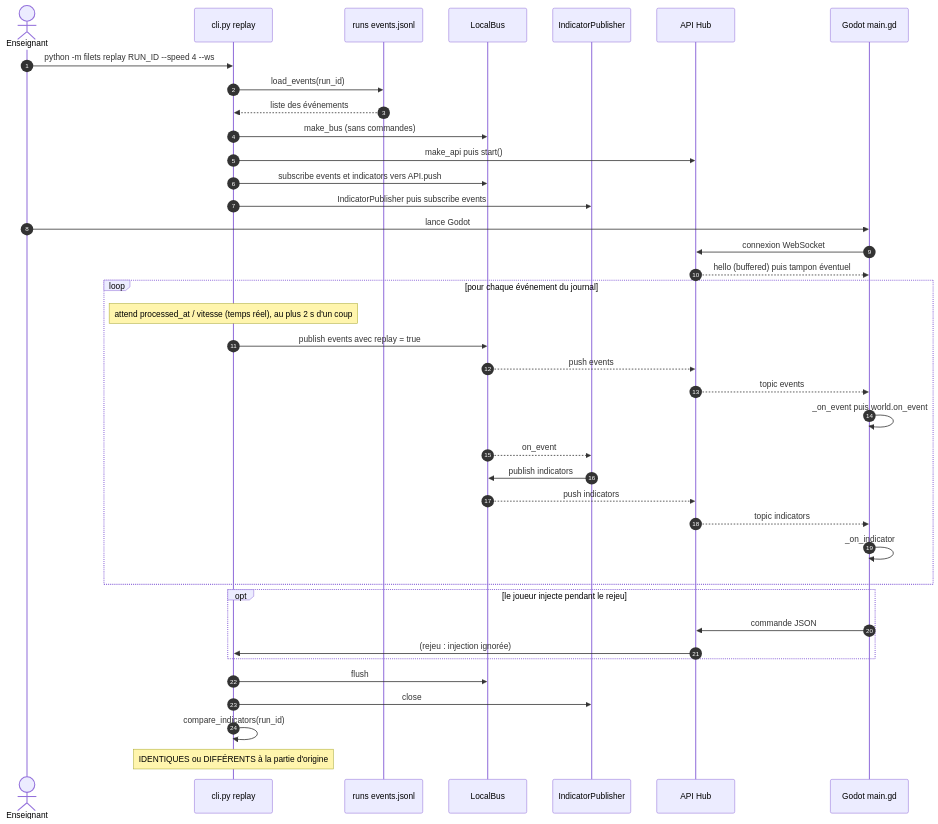
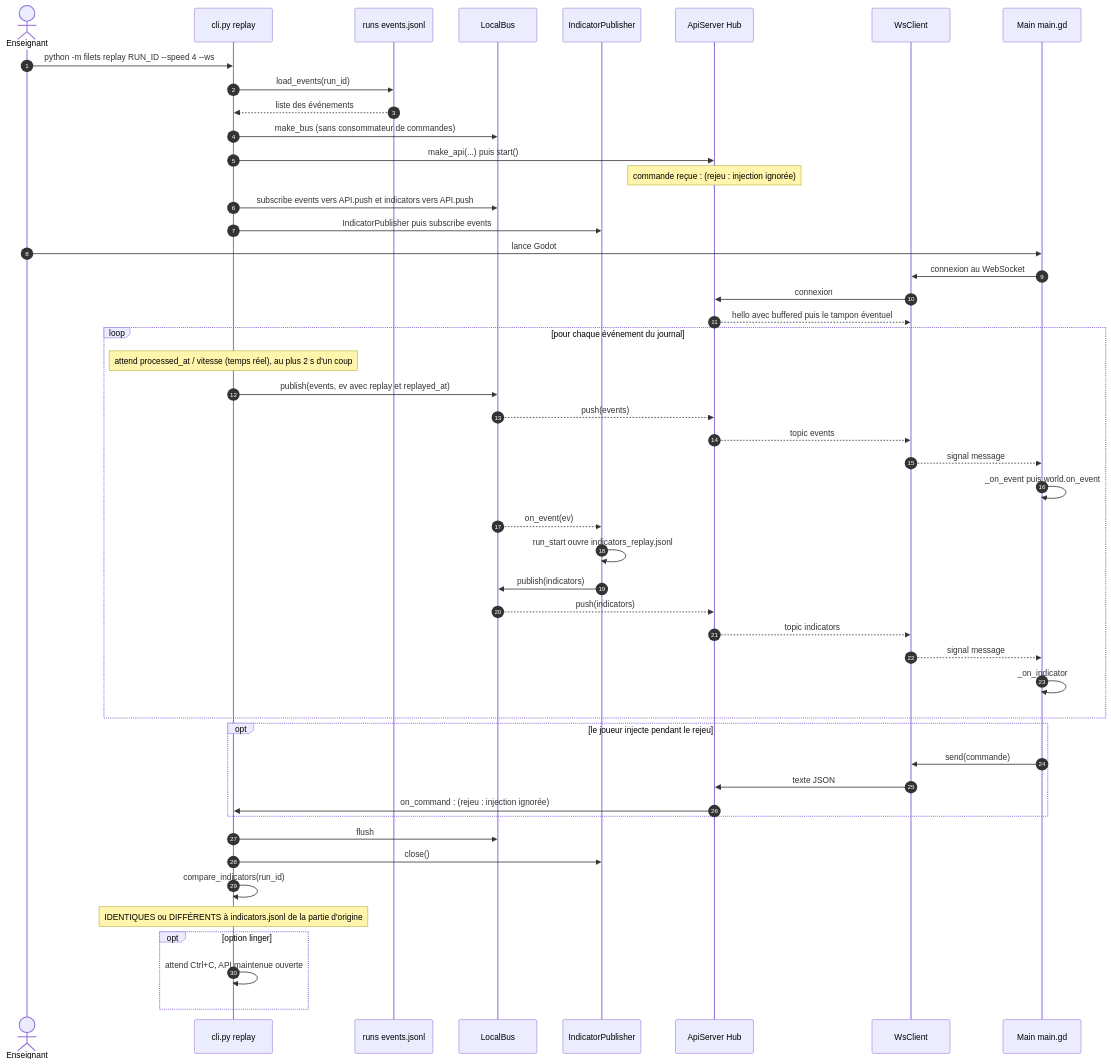
The tenth of 15 diagrams in docs/uml/sequences.md (Romain-LM-Dev/Projet-Parcours---Filets-de-Vellmor), drawn with Mermaid before and after one commit. The commit also changed other lines of this file and 11 other files, not shown here.

Commit message:
Docs : diagrammes UML complets (97 : chaque classe avec tous ses attributs et méthodes, World et WorldView en vues par domaine, 8 scénarios en séquence et en communication, ~95 cas d'utilisation) ; index dans le README ; PDF régénéré (125 pages) et son script docs/uml/build_pdf.py

````diff
--- a/docs/uml/sequences.md
+++ b/docs/uml/sequences.md
@@ -290,42 +575,52 @@
 ```mermaid
 sequenceDiagram
     autonumber
     actor J as Enseignant
     participant CLI as cli.py replay
     participant D as runs events.jsonl
     participant BUS as LocalBus
     participant IP as IndicatorPublisher
-    participant API as API Hub
-    participant M as Godot main.gd
+    participant API as ApiServer Hub
+    participant WS as WsClient
+    participant M as Main main.gd
 
     J->>CLI: python -m filets replay RUN_ID --speed 4 --ws
     CLI->>D: load_events(run_id)
     D-->>CLI: liste des événements
-    CLI->>BUS: make_bus (sans commandes)
-    CLI->>API: make_api puis start()
-    CLI->>BUS: subscribe events et indicators vers API.push
+    CLI->>BUS: make_bus (sans consommateur de commandes)
+    CLI->>API: make_api(...) puis start()
+    Note over API: commande reçue : (rejeu : injection ignorée)
+    CLI->>BUS: subscribe events vers API.push et indicators vers API.push
     CLI->>IP: IndicatorPublisher puis subscribe events
     J->>M: lance Godot
-    M->>API: connexion WebSocket
-    API-->>M: hello (buffered) puis tampon éventuel
+    M->>WS: connexion au WebSocket
+    WS->>API: connexion
+    API-->>WS: hello avec buffered puis le tampon éventuel
     loop pour chaque événement du journal
         Note over CLI: attend processed_at / vitesse (temps réel), au plus 2 s d'un coup
-        CLI->>BUS: publish events avec replay = true
-        BUS-->>API: push events
-        API-->>M: topic events
+        CLI->>BUS: publish(events, ev avec replay et replayed_at)
+        BUS-->>API: push(events)
+        API-->>WS: topic events
+        WS-->>M: signal message
         M->>M: _on_event puis world.on_event
-        BUS-->>IP: on_event
-        IP->>BUS: publish indicators
-        BUS-->>API: push indicators
-        API-->>M: topic indicators
+        BUS-->>IP: on_event(ev)
+        IP->>IP: run_start ouvre indicators_replay.jsonl
+        IP->>BUS: publish(indicators)
+        BUS-->>API: push(indicators)
+        API-->>WS: topic indicators
+        WS-->>M: signal message
         M->>M: _on_indicator
     end
     opt le joueur injecte pendant le rejeu
-        M->>API: commande JSON
-        API->>CLI: (rejeu : injection ignorée)
+        M->>WS: send(commande)
+        WS->>API: texte JSON
+        API->>CLI: on_command : (rejeu : injection ignorée)
     end
     CLI->>BUS: flush
-    CLI->>IP: close
+    CLI->>IP: close()
     CLI->>CLI: compare_indicators(run_id)
-    Note over CLI: IDENTIQUES ou DIFFÉRENTS à la partie d'origine
+    Note over CLI: IDENTIQUES ou DIFFÉRENTS à indicators.jsonl de la partie d'origine
+    opt option linger
+        CLI->>CLI: attend Ctrl+C, API maintenue ouverte
+    end
 ```
````
